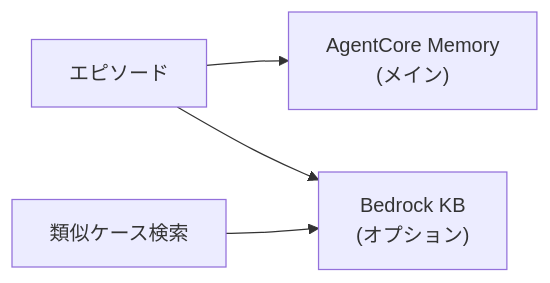
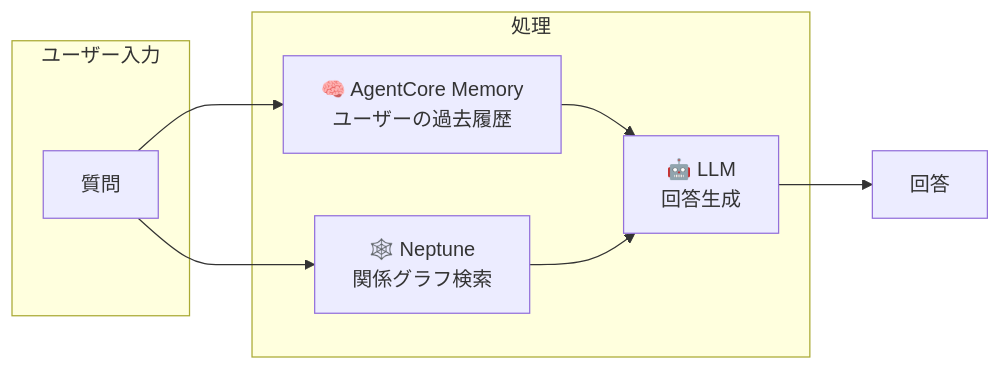
The second of 6 diagrams in MEMORY_ARCHITECTURE_DESIGN.md (aezisai-inc/rd-knowledge-sample), drawn with Mermaid before and after one commit. The commit also changed other lines of this file and 1 other file, not shown here.

First line of the commit message:
docs: Add Graphiti integration design document

````diff
--- a/MEMORY_ARCHITECTURE_DESIGN.md
+++ b/MEMORY_ARCHITECTURE_DESIGN.md
@@ -430,6 +480,18 @@
 ```mermaid
 flowchart LR
-    A["エピソード"] --> B["AgentCore Memory<br/>(メイン)"]
-    A --> C["Bedrock KB<br/>(オプション)"]
-    D["類似ケース検索"] --> C
+    subgraph Input["ユーザー入力"]
+        Q["質問"]
+    end
+    
+    subgraph Processing["処理"]
+        ACM["🧠 AgentCore Memory<br/>ユーザーの過去履歴"]
+        NP["🕸️ Neptune<br/>関係グラフ検索"]
+        LLM["🤖 LLM<br/>回答生成"]
+    end
+    
+    Q --> ACM
+    Q --> NP
+    ACM --> LLM
+    NP --> LLM
+    LLM --> A["回答"]
 ```
````
